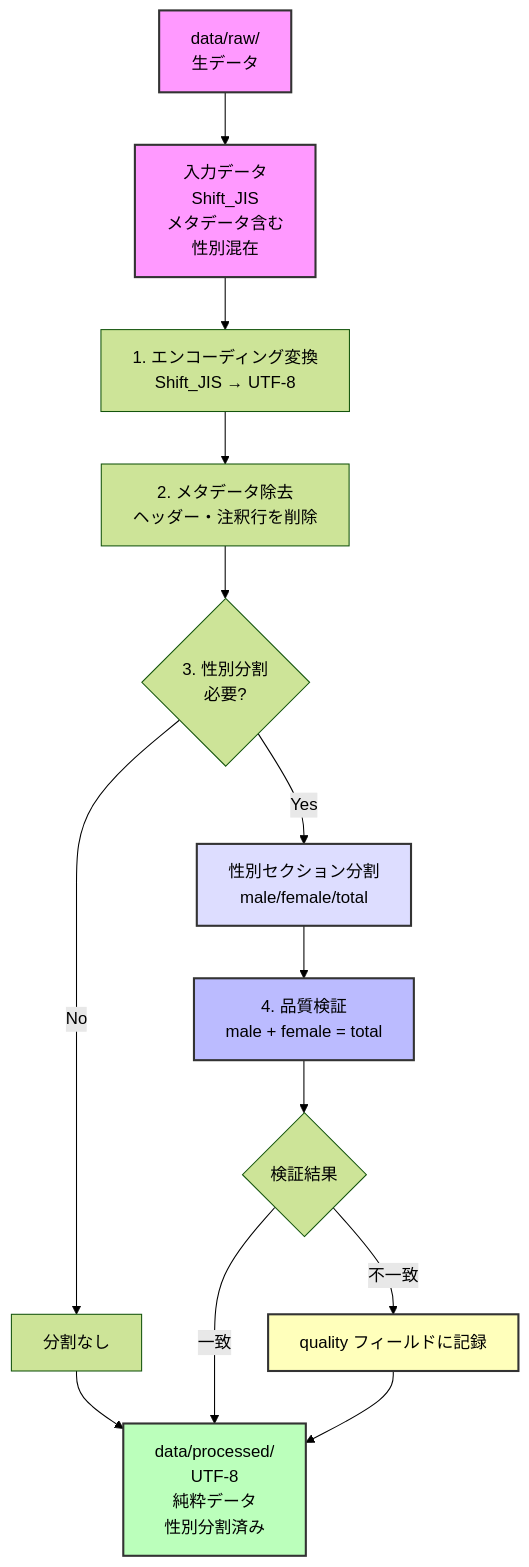
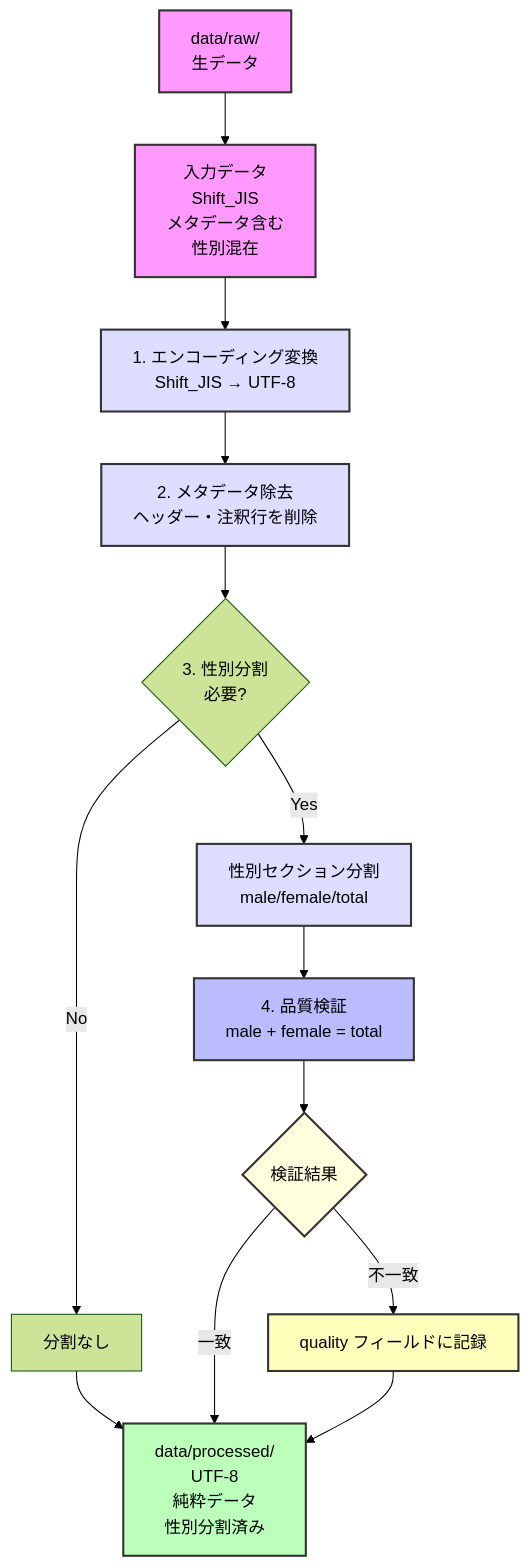
The diagram in README.md (kambarakun/fetch-tokyo-idsc-github-actions), drawn with Mermaid (forest theme) before and after one commit. The commit also changed other lines of this file, not shown here.

First line of the commit message:
style: Apply CLAUDE.md coding standards and enhance diagram styling

````diff
--- a/README.md
+++ b/README.md
@@ -402,25 +402,28 @@
 ```mermaid
 flowchart TD
     Start[data/raw/<br/>生データ] --> Input[入力データ<br/>Shift_JIS<br/>メタデータ含む<br/>性別混在]
     Input --> Step1[1. エンコーディング変換<br/>Shift_JIS → UTF-8]
     Step1 --> Step2[2. メタデータ除去<br/>ヘッダー・注釈行を削除]
     Step2 --> Step3{3. 性別分割<br/>必要?}
 
     Step3 -->|Yes| Split[性別セクション分割<br/>male/female/total]
     Step3 -->|No| NoSplit[分割なし]
 
     Split --> Validate[4. 品質検証<br/>male + female = total]
     NoSplit --> Output
 
     Validate --> CheckResult{検証結果}
     CheckResult -->|一致| Output[data/processed/<br/>UTF-8<br/>純粋データ<br/>性別分割済み]
     CheckResult -->|不一致| RecordIssue[quality フィールドに記録]
     RecordIssue --> Output
 
     style Start fill:#f9f,stroke:#333,stroke-width:2px
     style Input fill:#f9f,stroke:#333,stroke-width:2px
+    style Step1 fill:#ddf,stroke:#333,stroke-width:2px
+    style Step2 fill:#ddf,stroke:#333,stroke-width:2px
+    style Split fill:#ddf,stroke:#333,stroke-width:2px
+    style Validate fill:#bbf,stroke:#333,stroke-width:2px
+    style CheckResult fill:#ffd,stroke:#333,stroke-width:2px
+    style RecordIssue fill:#ffb,stroke:#333,stroke-width:2px
     style Output fill:#bfb,stroke:#333,stroke-width:2px
-    style Validate fill:#bbf,stroke:#333,stroke-width:2px
-    style RecordIssue fill:#ffb,stroke:#333,stroke-width:2px
-    style Split fill:#ddf,stroke:#333,stroke-width:2px
 ```
````
